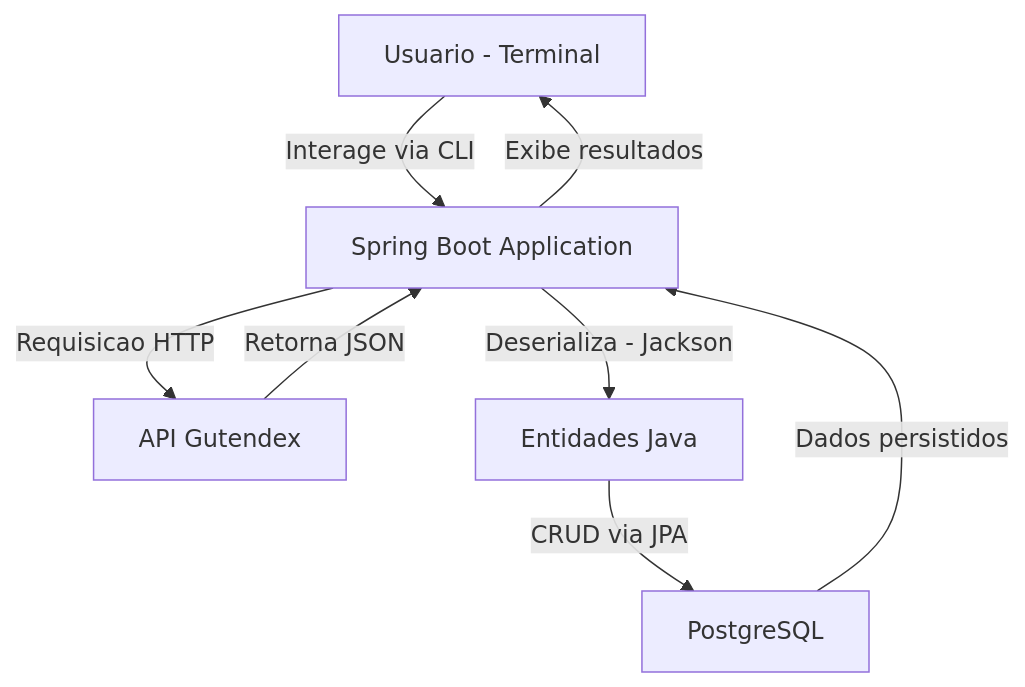
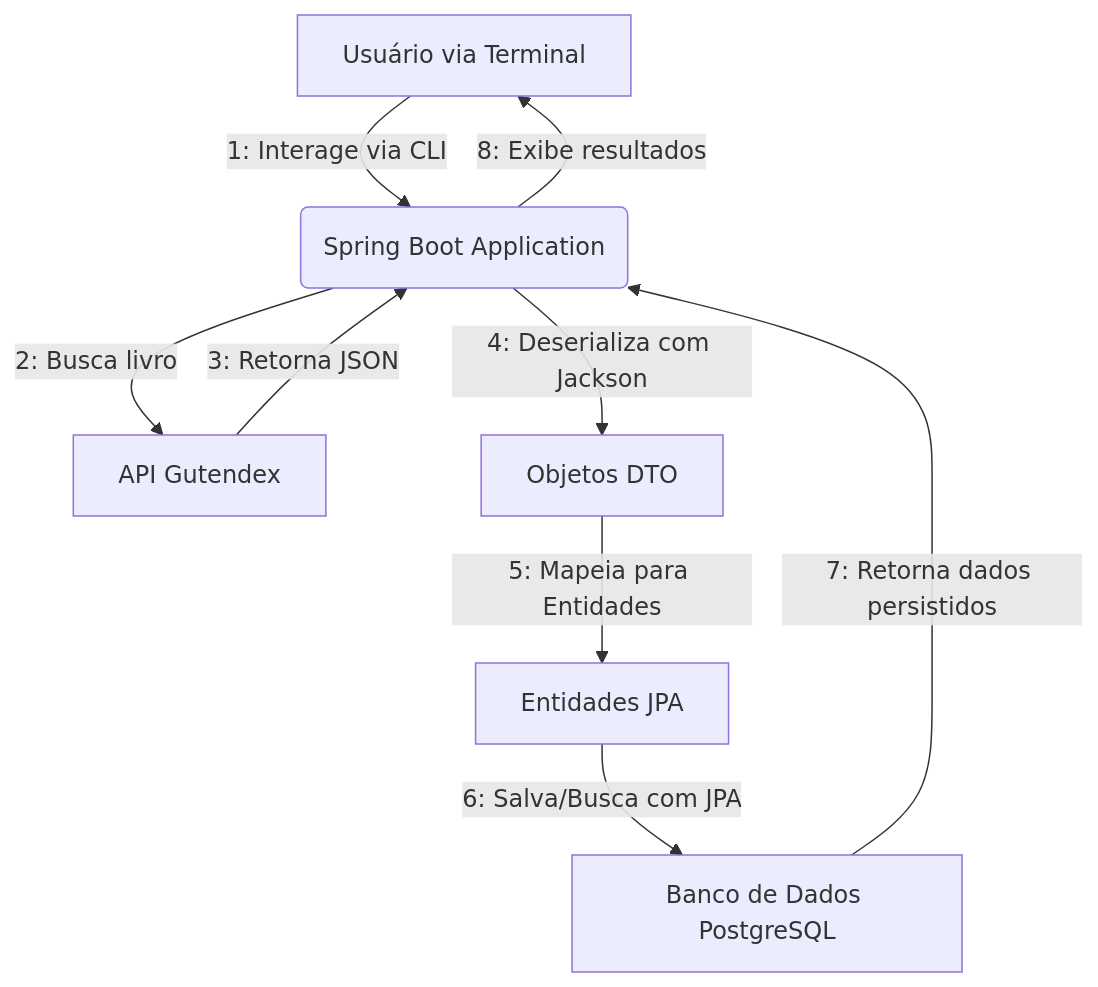
The diagram in README.md (rafaelsilvalor/literallor), drawn with Mermaid before and after one commit. The commit also changed other lines of this file, not shown here.

Commit message:
docs(readme): Update project structure, diagram, and next steps

````diff
--- a/README.md
+++ b/README.md
@@ -128,13 +141,12 @@
 ```mermaid
 flowchart TD;
-  A[Usuario - Terminal] -->|Interage via CLI| B[Spring Boot Application];
-  B -->|Requisicao HTTP| C[API Gutendex];
-  C -->|Retorna JSON| B;
-  B -->|Deserializa - Jackson| D[Entidades Java];
-  D -->|CRUD via JPA| E[PostgreSQL];
-  E -->|Dados persistidos| B;
-  B -->|Exibe resultados| A;
-
-
+    A[Usuário via Terminal] -->|1: Interage via CLI| B(Spring Boot Application);
+    B -->|2: Busca livro| C[API Gutendex];
+    C -->|3: Retorna JSON| B;
+    B -->|4: Deserializa com Jackson| D[Objetos DTO];
+    D -->|5: Mapeia para Entidades| E[Entidades JPA];
+    E -->|6: Salva/Busca com JPA| F[Banco de Dados PostgreSQL];
+    F -->|7: Retorna dados persistidos| B;
+    B -->|8: Exibe resultados| A; 
 
 ```
````
